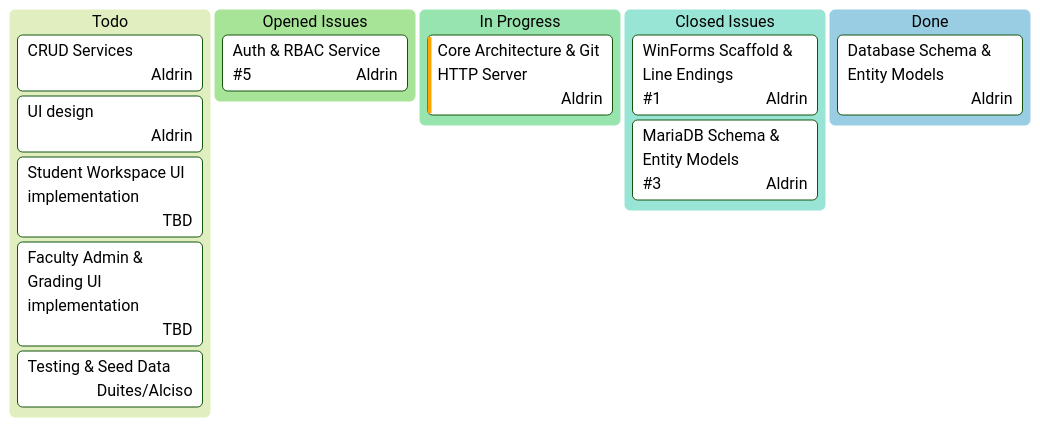
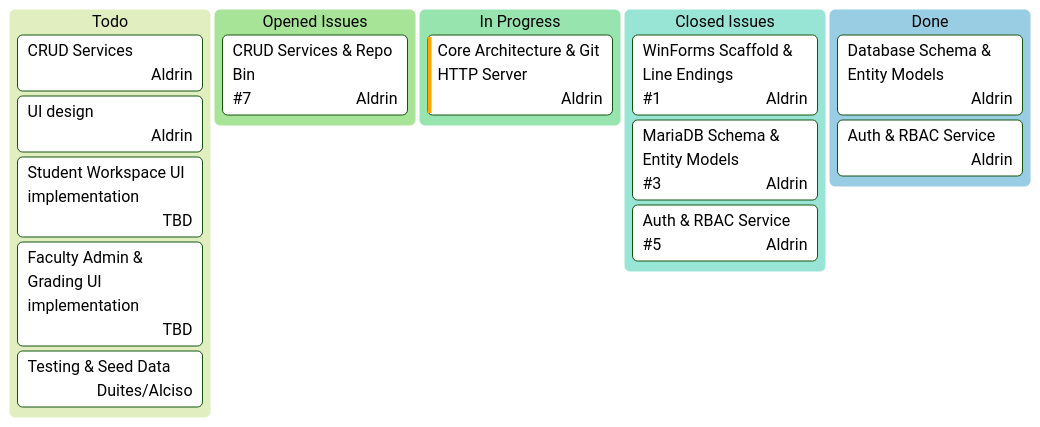
One commit to frtzhahn/repo-vault changed the diagram in README.md. Above: the diagram before and after it, drawn with Mermaid (forest theme).

Commit message:
docs(docs): update kanban for m3

````diff
--- a/README.md
+++ b/README.md
@@ -34,19 +34,21 @@
 ```mermaid
 kanban
   [Todo]
     [CRUD Services]@{ assigned: 'Aldrin'}
     [UI design]@{ assigned: 'Aldrin'}
     [Student Workspace UI implementation]@{ assigned: 'TBD'}
     [Faculty Admin & Grading UI implementation]@{ assigned: 'TBD'}
     [Testing & Seed Data]@{ assigned: 'Duites/Alciso'}
   [Opened Issues]
-    [Auth & RBAC Service]@{ assigned: 'Aldrin', ticket: '#5' }
+    [CRUD Services & Repo Bin]@{ assigned: 'Aldrin', ticket: '#7' }
   [In Progress]
     [Core Architecture & Git HTTP Server]@{ assigned: 'Aldrin', priority: 'High'}
   [Closed Issues]
     [WinForms Scaffold & Line Endings]@{ assigned: 'Aldrin', ticket: '#1' }
     [MariaDB Schema & Entity Models]@{ assigned: 'Aldrin', ticket: '#3' }
+    [Auth & RBAC Service]@{ assigned: 'Aldrin', ticket: '#5' }
   [Done]
     [Database Schema & Entity Models]@{ assigned: 'Aldrin'}
+    [Auth & RBAC Service]@{ assigned: 'Aldrin'}
 
 ```
````
